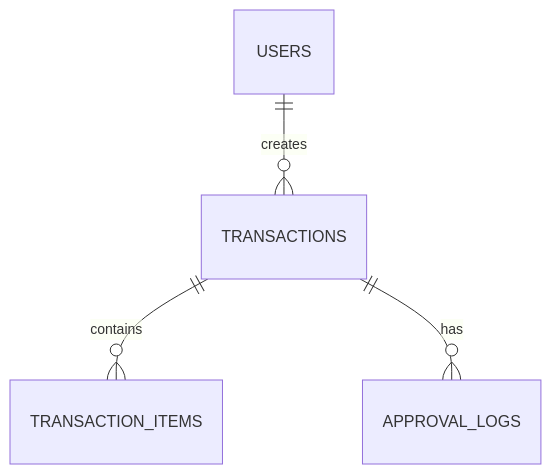
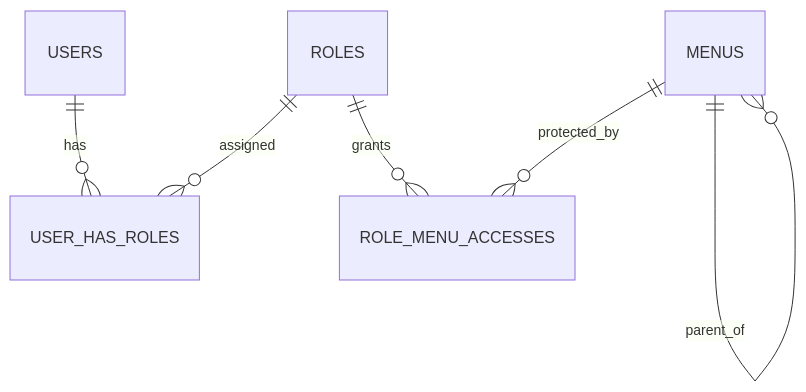
Before and after one commit to aldyryuza/laravel-new-edpl: the diagram in docs/Schema.md, drawn with Mermaid. The commit also changed other lines of this file and 67 other files, not shown here.

First line of the commit message:
feat(auth): master akses (user, role, menu) + management

````diff
--- a/docs/Schema.md
+++ b/docs/Schema.md
@@ -21,6 +19,8 @@
 ```mermaid
 erDiagram
-    USERS ||--o{ TRANSACTIONS : creates
-    TRANSACTIONS ||--o{ TRANSACTION_ITEMS : contains
-    TRANSACTIONS ||--o{ APPROVAL_LOGS : has
+    USERS ||--o{ USER_HAS_ROLES : has
+    ROLES ||--o{ USER_HAS_ROLES : assigned
+    ROLES ||--o{ ROLE_MENU_ACCESSES : grants
+    MENUS ||--o{ ROLE_MENU_ACCESSES : protected_by
+    MENUS ||--o{ MENUS : parent_of
 ```
````
